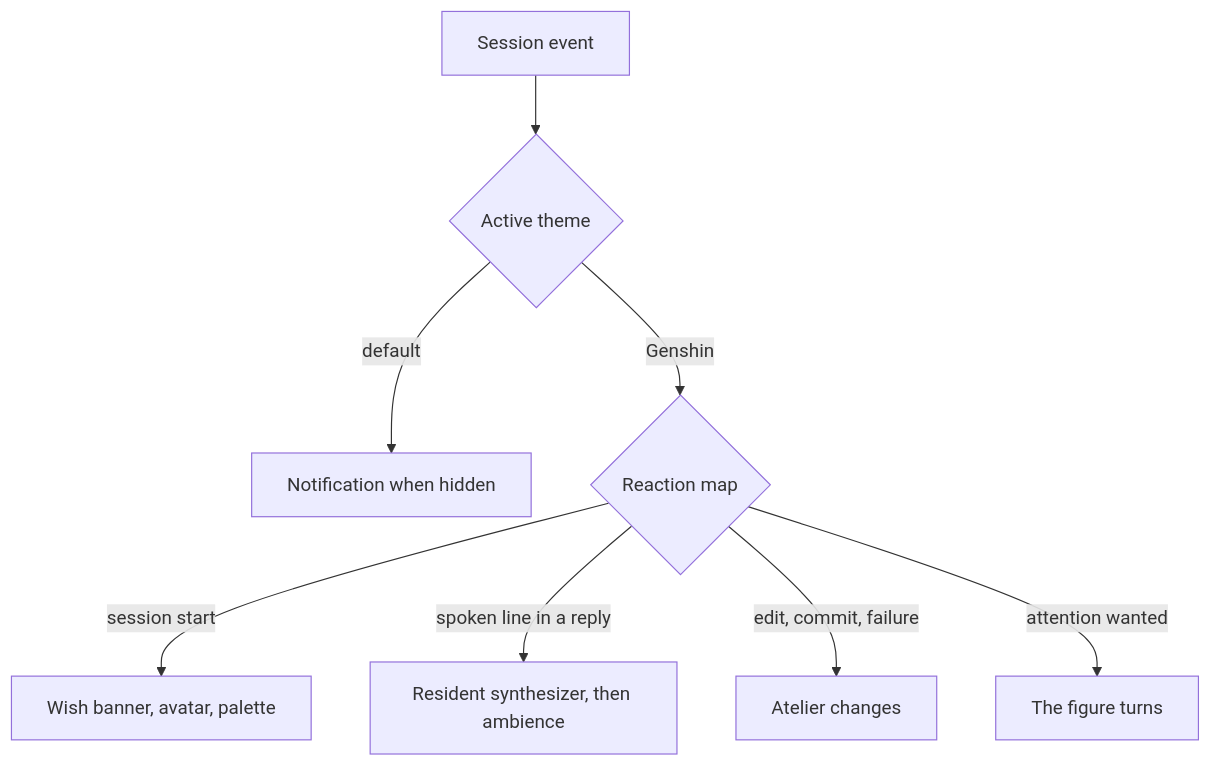
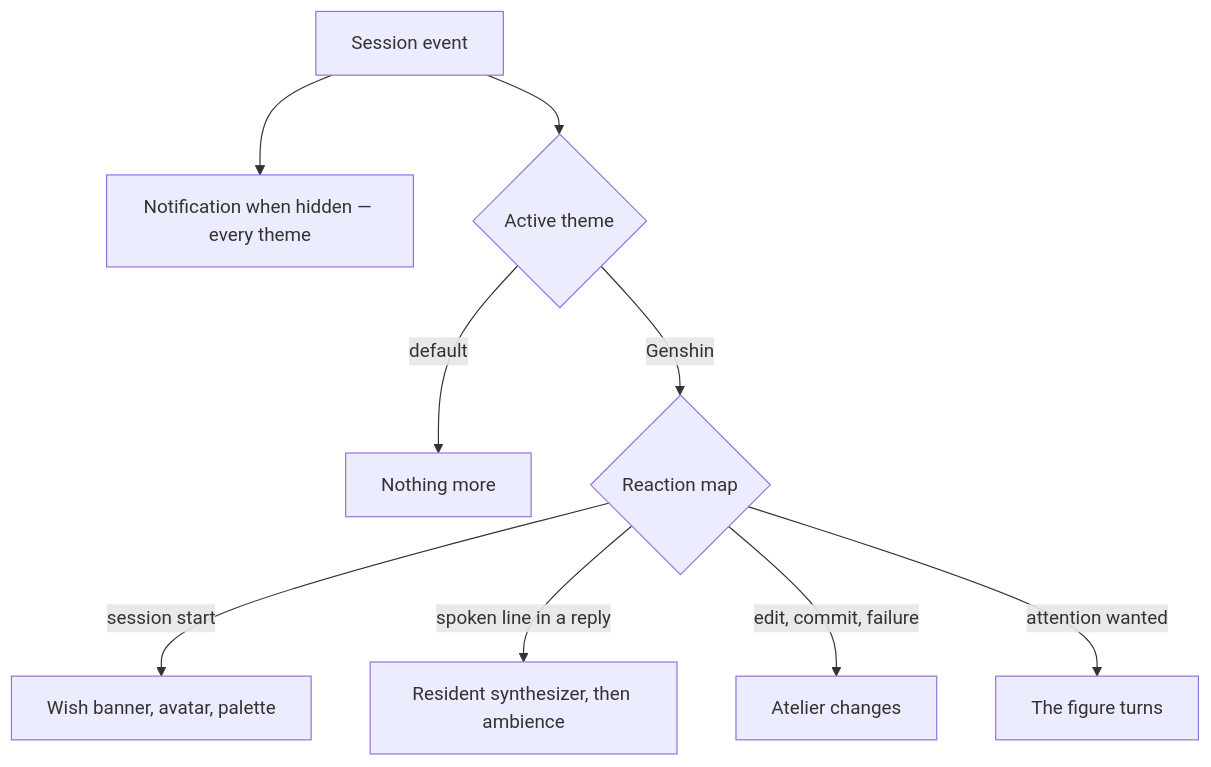
Before and after one commit to Esposter/Esposter: the diagram in apps/web/content/docs/proposals/infra/agent-console/themes.md, drawn with Mermaid. The commit also changed other lines of this file and 2 other files, not shown here.

First line of the commit message:
docs(agent-console): the theme is the console's one producer of spoken lines, and the hidden-tab notification belongs to every theme

````diff
--- a/apps/web/content/docs/proposals/infra/agent-console/themes.md
+++ b/apps/web/content/docs/proposals/infra/agent-console/themes.md
@@ -32,10 +32,11 @@
 ```mermaid
 flowchart TD
-  E[Session event] --> TH{Active theme}
-  TH -->|default| N[Notification when hidden]
+  E[Session event] --> N[Notification when hidden — every theme]
+  E --> TH{Active theme}
+  TH -->|default| Q[Nothing more]
   TH -->|Genshin| R{Reaction map}
   R -->|session start| WB[Wish banner, avatar, palette]
   R -->|spoken line in a reply| SY[Resident synthesizer, then ambience]
   R -->|edit, commit, failure| AT[Atelier changes]
   R -->|attention wanted| PO[The figure turns]
 ```
````
